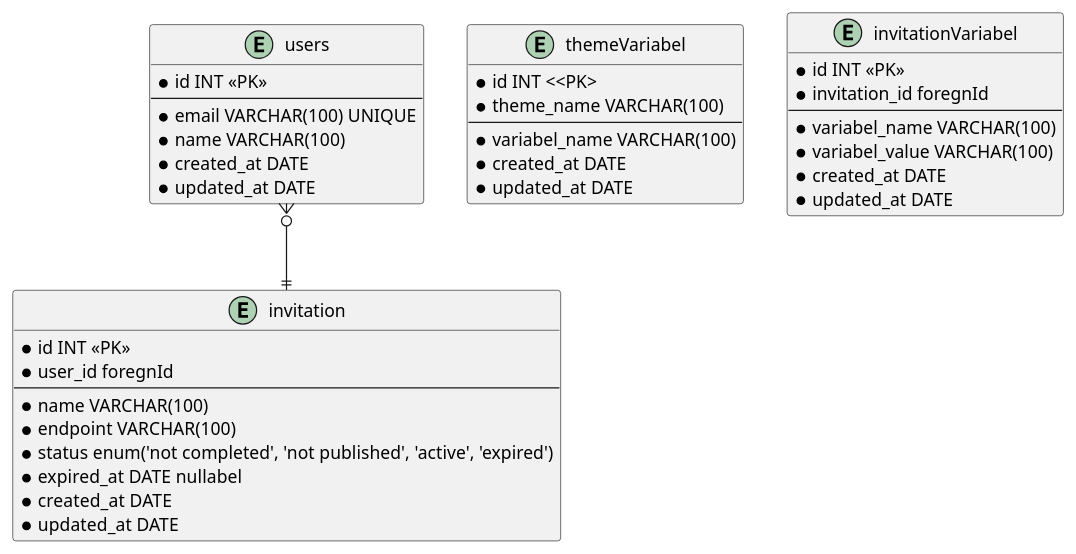
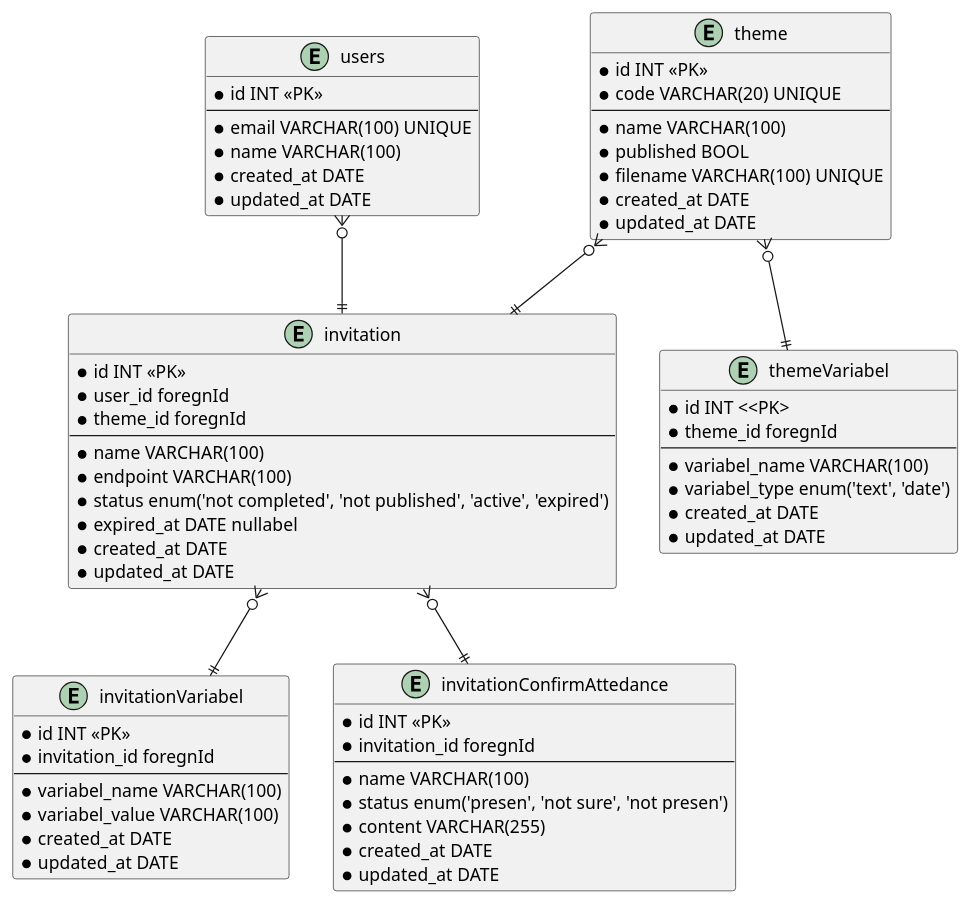
One commit to dinarwijaksono/undangan-online changed the diagram in docs/database_desain_v1-0-0.puml. Above: the diagram before and after it, drawn with PlantUML. The commit also changed 2 other files, not shown here.

```diff
--- a/docs/database_desain_v1-0-0.puml
+++ b/docs/database_desain_v1-0-0.puml
@@ -1,45 +1,74 @@
 @startuml
 
 entity users {
     * id INT <<PK>>
     --
     * email VARCHAR(100) UNIQUE
     * name VARCHAR(100)
     * created_at DATE
     * updated_at DATE 
 }
 
-entity invitation {
+entity theme {
     * id INT <<PK>>
-    * user_id foregnId
+    * code VARCHAR(20) UNIQUE
     --
     * name VARCHAR(100)
-    * endpoint VARCHAR(100)
-    * status enum('not completed', 'not published', 'active', 'expired')
-    * expired_at DATE nullabel
+    * published BOOL
+    * filename VARCHAR(100) UNIQUE
     * created_at DATE
     * updated_at DATE 
 }
 
 entity themeVariabel {
     * id INT <<PK>
-    * theme_name VARCHAR(100)
+    * theme_id foregnId
     --
     * variabel_name VARCHAR(100)
+    * variabel_type enum('text', 'date')
+    * created_at DATE
+    * updated_at DATE 
+}
+
+entity invitation {
+    * id INT <<PK>>
+    * user_id foregnId
+    * theme_id foregnId
+    --
+    * name VARCHAR(100)
+    * endpoint VARCHAR(100)
+    * status enum('not completed', 'not published', 'active', 'expired')
+    * expired_at DATE nullabel
     * created_at DATE
     * updated_at DATE 
 }
 
 entity invitationVariabel {
     * id INT <<PK>>
     * invitation_id foregnId
     --
     * variabel_name VARCHAR(100)
     * variabel_value VARCHAR(100)
     * created_at DATE
     * updated_at DATE 
 }
 
+entity invitationConfirmAttedance {
+    * id INT <<PK>>
+    * invitation_id foregnId
+    --
+    * name VARCHAR(100)
+    * status enum('presen', 'not sure', 'not presen')
+    * content VARCHAR(255)
+    * created_at DATE
+    * updated_at DATE 
+}
+
 users }o--|| invitation  
+theme }o--|| themeVariabel  
+theme }o--|| invitation
+invitation }o--|| invitationVariabel
+invitation }o--|| invitationConfirmAttedance
+
 
 @enduml
```
